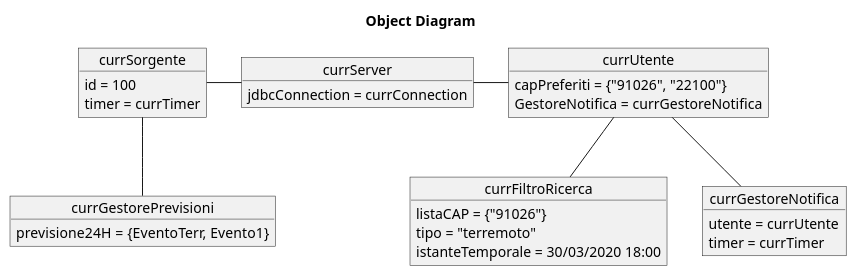
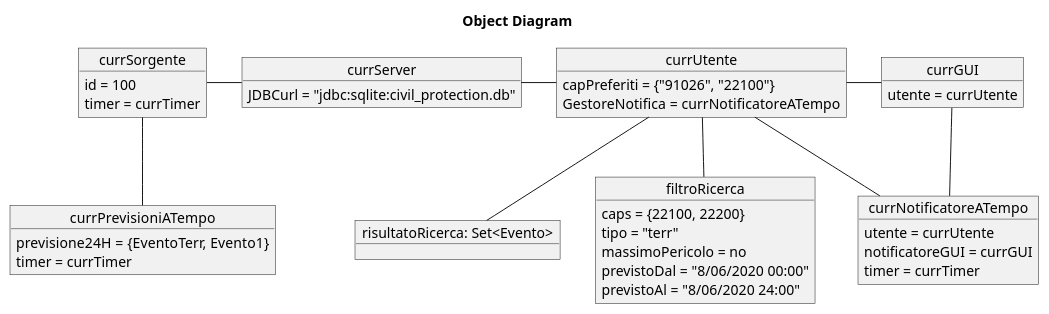
The diagram in UML/src/object.puml (xFA25E/sweng_14_2019), drawn with PlantUML before and after one commit. The commit also changed 3 other files, not shown here.

Commit message:
Object and Class diagrams updated (FINAL)

```diff
--- a/UML/src/object.puml
+++ b/UML/src/object.puml
@@ -1,37 +1,50 @@
 @startuml
 title Object Diagram
-object currGestorePrevisioni {
+object currPrevisioniATempo {
     previsione24H = {EventoTerr, Evento1}
+    timer = currTimer
 }
 
 object currSorgente {
     id = 100
     timer = currTimer
 }
 
 object currServer {
-    jdbcConnection = currConnection
+    JDBCurl = "jdbc:sqlite:civil_protection.db"
 }
 
 object currUtente {
     capPreferiti = {"91026", "22100"}
-    GestoreNotifica = currGestoreNotifica
+    GestoreNotifica = currNotificatoreATempo
 }
 
-object currFiltroRicerca {
-    listaCAP = {"91026"}
-    tipo = "terremoto"
-    istanteTemporale = 30/03/2020 18:00
+Object "risultatoRicerca: Set<Evento>" as risultatoRicerca
+
+object filtroRicerca {
+    caps = {22100, 22200}
+    tipo = "terr"
+    massimoPericolo = no
+    previstoDal = "8/06/2020 00:00"
+    previstoAl = "8/06/2020 24:00"
 }
 
-object currGestoreNotifica {
+object currNotificatoreATempo {
     utente = currUtente
+    notificatoreGUI = currGUI
     timer = currTimer
 }
 
-currSorgente -- currGestorePrevisioni
+Object currGUI {
+    utente = currUtente
+}
+
+currSorgente -- currPrevisioniATempo
 currSorgente - currServer
 currServer - currUtente
-currUtente -- currFiltroRicerca
-currUtente -- currGestoreNotifica
+currUtente -- filtroRicerca
+currUtente -- risultatoRicerca
+currUtente -- currNotificatoreATempo
+currUtente - currGUI
+currGUI -- currNotificatoreATempo
 @enduml
```
